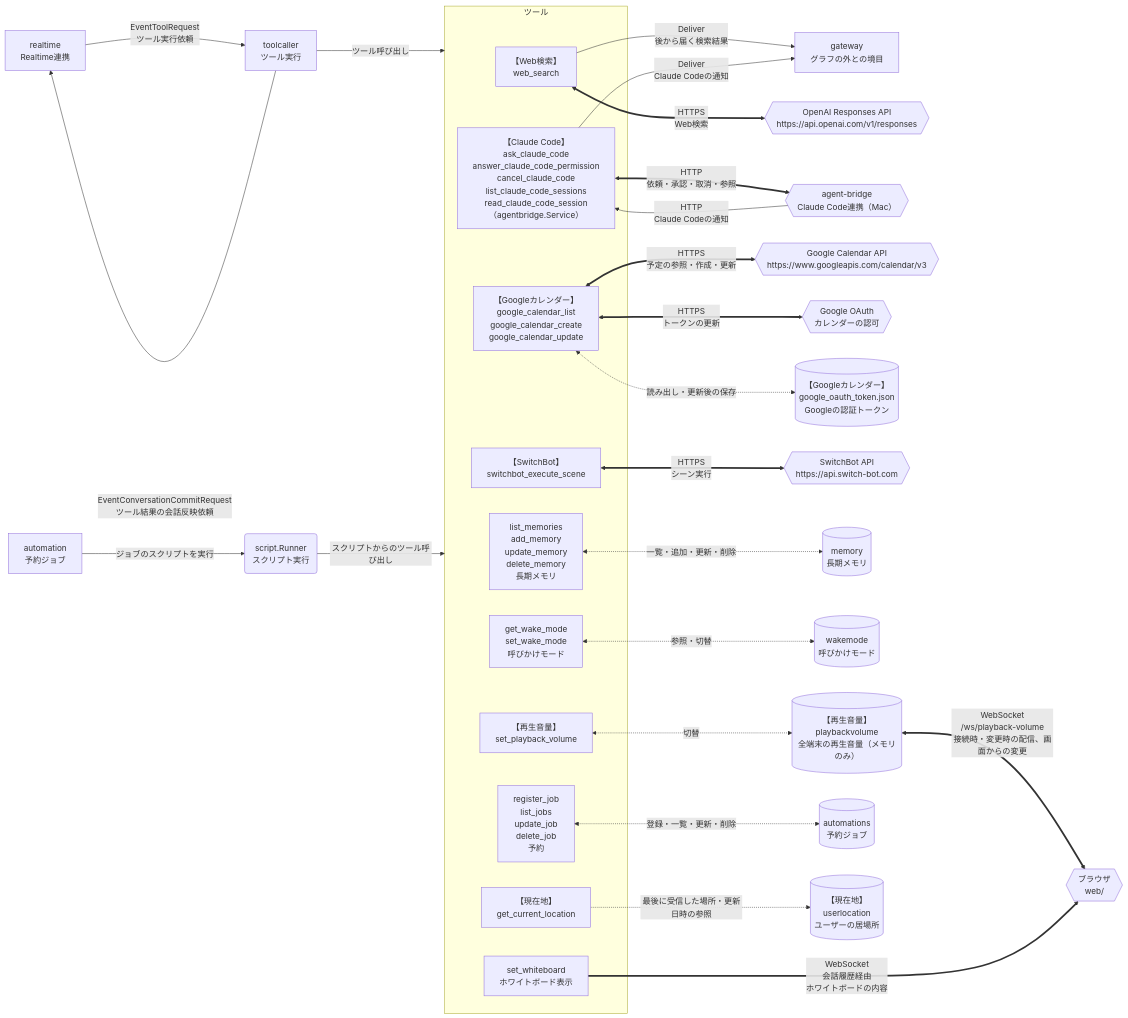
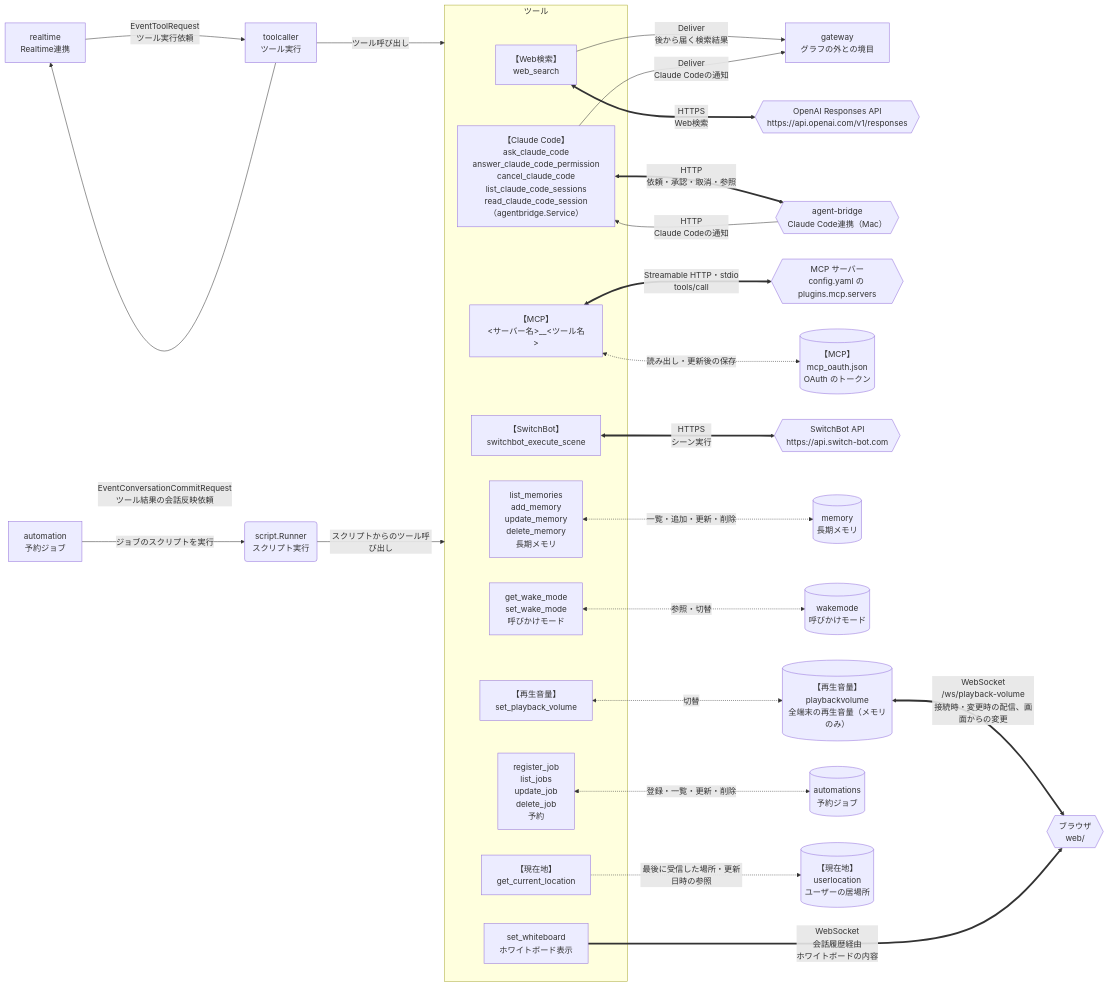
One commit to tetetratra/smart-speaker changed the third of 4 diagrams in README.md. Above: the diagram before and after it, drawn with Mermaid. The commit also changed other lines of this file and 22 other files, not shown here.

````diff
--- a/README.md
+++ b/README.md
@@ -172,58 +172,56 @@
 ```mermaid
 flowchart LR
     rt["realtime<br/>Realtime連携"]
     tool["toolcaller<br/>ツール実行"]
     scheduler["automation<br/>予約ジョブ"]
     runner("script.Runner<br/>スクリプト実行")
     gateway["gateway<br/>グラフの外との境目"]
 
     subgraph toolset["ツール"]
         webSearchTool["【Web検索】<br/>web_search"]
         claudeCodeTool["【Claude Code】<br/>ask_claude_code<br/>answer_claude_code_permission<br/>cancel_claude_code<br/>list_claude_code_sessions<br/>read_claude_code_session<br/>（agentbridge.Service）"]
-        calendarTool["【Googleカレンダー】<br/>google_calendar_list<br/>google_calendar_create<br/>google_calendar_update"]
+        mcpTool["【MCP】<br/>&lt;サーバー名&gt;__&lt;ツール名&gt;"]
         switchBotTool["【SwitchBot】<br/>switchbot_execute_scene"]
         memoryTool["list_memories<br/>add_memory<br/>update_memory<br/>delete_memory<br/>長期メモリ"]
         wakeModeTool["get_wake_mode<br/>set_wake_mode<br/>呼びかけモード"]
         volumeTool["【再生音量】<br/>set_playback_volume"]
         automationTool["register_job<br/>list_jobs<br/>update_job<br/>delete_job<br/>予約"]
         whiteboardTool["set_whiteboard<br/>ホワイトボード表示"]
         locationTool["【現在地】<br/>get_current_location"]
     end
 
 
     openaiResponses{{"OpenAI Responses API<br/>https://api.openai.com/v1/responses"}}
     agentBridge{{"agent-bridge<br/>Claude Code連携（Mac）"}}
-    googleCalendar{{"Google Calendar API<br/>https://www.googleapis.com/calendar/v3"}}
-    googleOAuth{{"Google OAuth<br/>カレンダーの認可"}}
-    googleTokenStore[("【Googleカレンダー】<br/>google_oauth_token.json<br/>Googleの認証トークン")]
+    mcpServer{{"MCP サーバー<br/>config.yaml の plugins.mcp.servers"}}
+    mcpTokenStore[("【MCP】<br/>mcp_oauth.json<br/>OAuth のトークン")]
     switchBot{{"SwitchBot API<br/>https://api.switch-bot.com"}}
     memoryStore[("memory<br/>長期メモリ")]
     wakeModeStore[("wakemode<br/>呼びかけモード")]
     volumeStore[("【再生音量】<br/>playbackvolume<br/>全端末の再生音量（メモリのみ）")]
     automationStore[("automations<br/>予約ジョブ")]
     locationStore[("【現在地】<br/>userlocation<br/>ユーザーの居場所")]
     browser{{"ブラウザ<br/>web/"}}
 
     rt -->|"EventToolRequest<br/>ツール実行依頼"| tool
     tool -->|"EventConversationCommitRequest<br/>ツール結果の会話反映依頼"| rt
     tool -->|"ツール呼び出し"| toolset
     scheduler -->|"ジョブのスクリプトを実行"| runner
     runner -->|"スクリプトからのツール呼び出し"| toolset
 
     webSearchTool <==>|"HTTPS<br/>Web検索"| openaiResponses
     webSearchTool -->|"Deliver<br/>後から届く検索結果"| gateway
     claudeCodeTool <==>|"HTTP<br/>依頼・承認・取消・参照"| agentBridge
     agentBridge -->|"HTTP<br/>Claude Codeの通知"| claudeCodeTool
     claudeCodeTool -->|"Deliver<br/>Claude Codeの通知"| gateway
-    calendarTool <==>|"HTTPS<br/>予定の参照・作成・更新"| googleCalendar
-    calendarTool <-.->|"読み出し・更新後の保存"| googleTokenStore
-    calendarTool <==>|"HTTPS<br/>トークンの更新"| googleOAuth
+    mcpTool <==>|"Streamable HTTP・stdio<br/>tools/call"| mcpServer
+    mcpTool <-.->|"読み出し・更新後の保存"| mcpTokenStore
     switchBotTool <==>|"HTTPS<br/>シーン実行"| switchBot
     memoryTool <-.->|"一覧・追加・更新・削除"| memoryStore
     wakeModeTool <-.->|"参照・切替"| wakeModeStore
     volumeTool <-.->|"切替"| volumeStore
     volumeStore <==>|"WebSocket<br/>/ws/playback-volume<br/>接続時・変更時の配信、画面からの変更"| browser
     automationTool <-.->|"登録・一覧・更新・削除"| automationStore
     locationTool -.->|"最後に受信した場所・更新日時の参照"| locationStore
     whiteboardTool ==>|"WebSocket<br/>会話履歴経由<br/>ホワイトボードの内容"| browser
 ```
````
